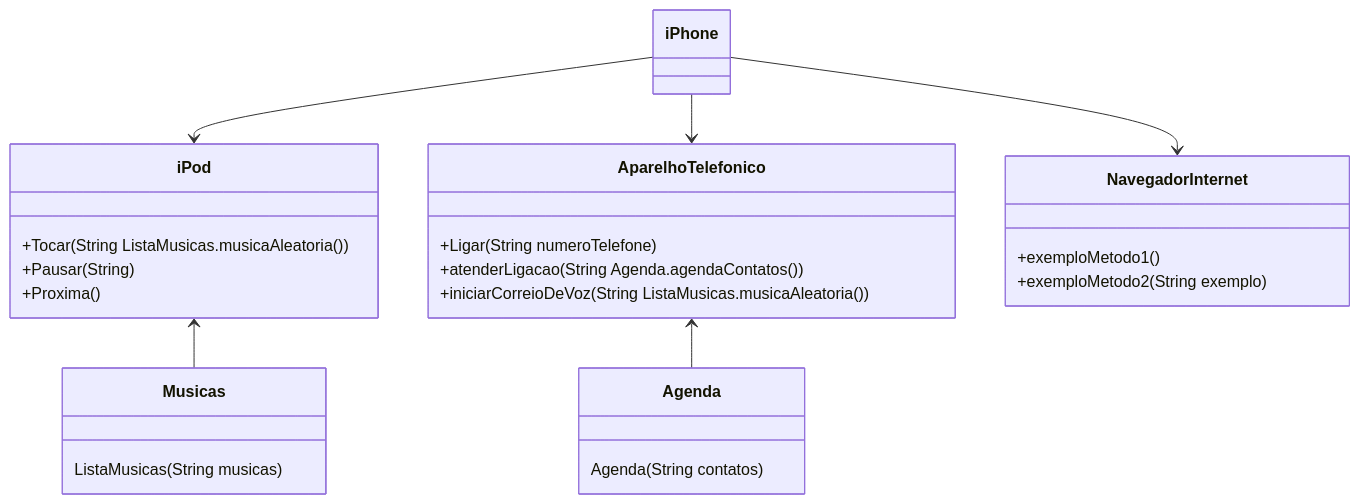
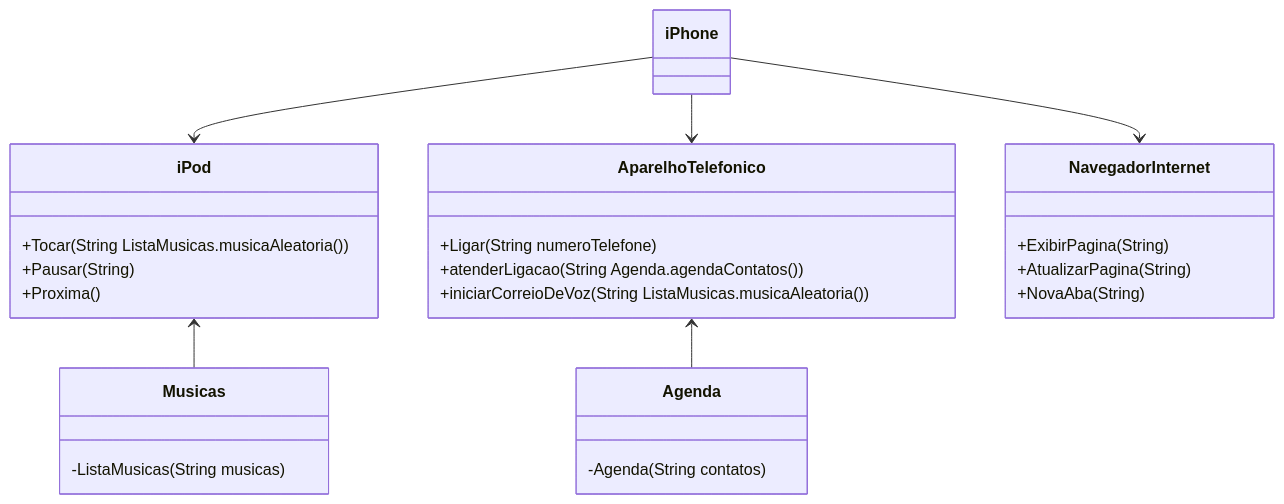
Before and after one commit to rafanbergcursos/dio-java-claro: the diagram in src/iPhone/README.md, drawn with Mermaid. The commit also changed 2 other files, not shown here.

````diff
--- a/src/iPhone/README.md
+++ b/src/iPhone/README.md
@@ -1,36 +1,37 @@
 ```mermaid
 classDiagram
 
     class iPod {
         +Tocar(String ListaMusicas.musicaAleatoria())
         +Pausar(String)
         +Proxima()
     }
 
     class AparelhoTelefonico {
         +Ligar(String numeroTelefone)
         +atenderLigacao(String Agenda.agendaContatos())
         +iniciarCorreioDeVoz(String ListaMusicas.musicaAleatoria())
     }
 
     class NavegadorInternet {
-        +exemploMetodo1()
-        +exemploMetodo2(String exemplo)
+        +ExibirPagina(String)
+        +AtualizarPagina(String)
+        +NovaAba(String)
     }
 
     class iPhone {
     }
     class Musicas {
-        ListaMusicas(String musicas)
+        -ListaMusicas(String musicas)
     }
      class Agenda {
-        Agenda(String contatos)
+        -Agenda(String contatos)
     }
 
     iPhone --> iPod
     iPhone --> AparelhoTelefonico
     iPhone --> NavegadorInternet
     iPod <-- Musicas
     AparelhoTelefonico <-- Agenda
 
 ```
````
